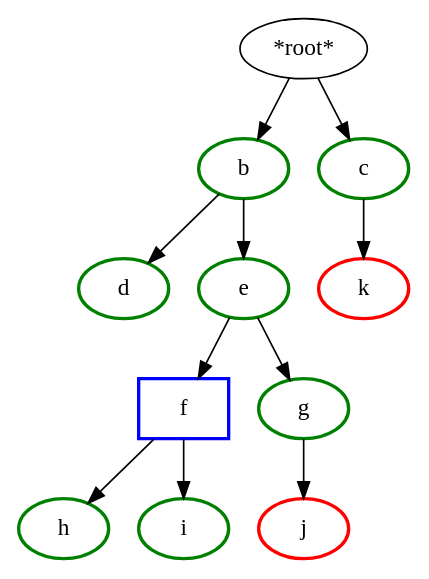
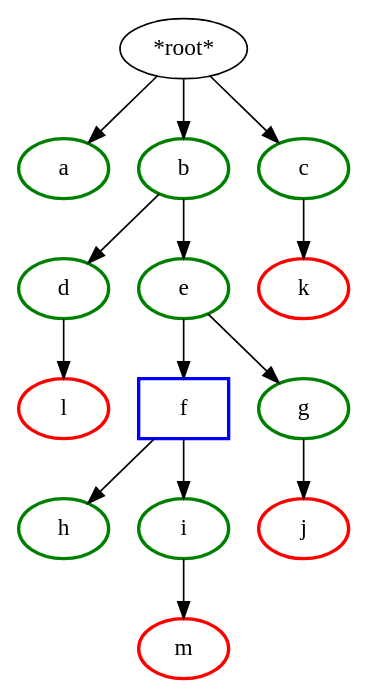
Before and after one commit to jdhenke/introspect: the diagram in report/reachable.dot, drawn with Graphviz. The commit also changed 2 other files, not shown here.

Commit message:
update reachable graphic and test code

```diff
--- a/report/reachable.dot
+++ b/report/reachable.dot
@@ -1,26 +1,32 @@
 digraph {
 
+a->b2
 a->b
 a->c
 c->k
 b->d
 b->e
 e->f
 e->g
 f->h
 f->i
 g->j
+d->l
+i->m
 
 f [shape="box", color="blue", penwidth=2.0]
+b2 [label="a", color="green", penwidth=2.0]
 h [color="green", penwidth=2.0]
 i [color="green", penwidth=2.0]
 g [color="green", penwidth=2.0]
 d [color="green", penwidth=2.0]
 e [color="green", penwidth=2.0]
 b [color="green", penwidth=2.0]
 a [label="*root*"]
 c [color="green", penwidth=2.0]
 j [color="red", penwidth=2.0]
 k [color="red", penwidth=2.0]
+l [color="red", penwidth=2.0]
+m [color="red", penwidth=2.0]
 
 }
```
